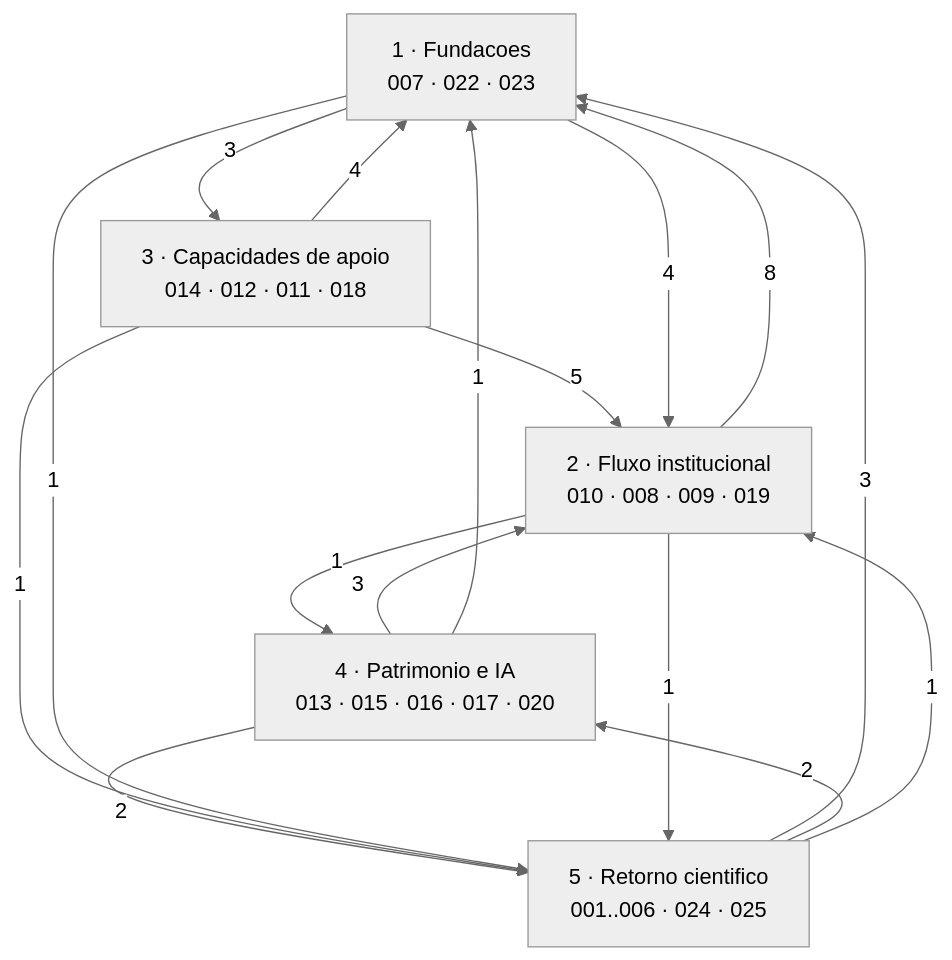
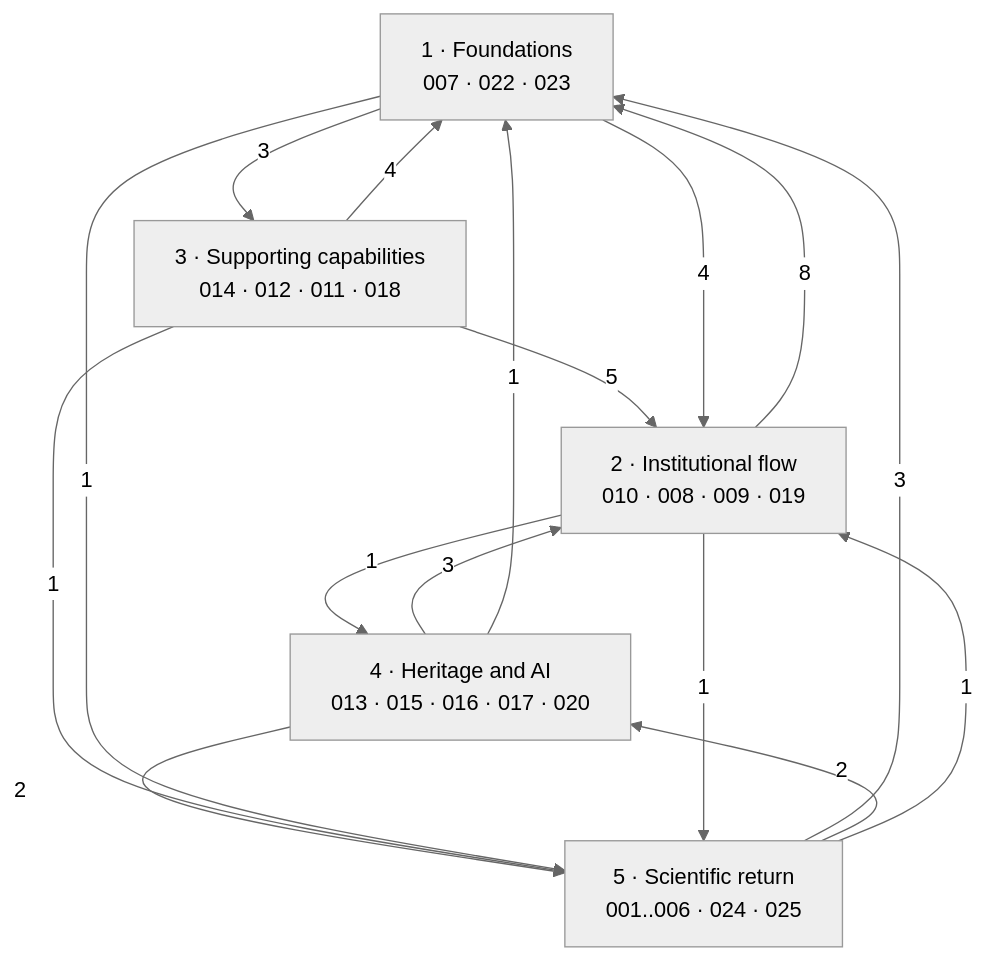
One commit to marcosduchinski/vitarerum changed the diagram in docs/specs/README.md. Above: the diagram before and after it, drawn with Mermaid (neutral theme). The commit also changed other lines of this file and 2 other files, not shown here.

````diff
--- a/docs/specs/README.md
+++ b/docs/specs/README.md
@@ -94,24 +95,24 @@
 ```mermaid
 flowchart TD
-    F["1 · Fundacoes<br/>007 · 022 · 023"]
-    I["2 · Fluxo institucional<br/>010 · 008 · 009 · 019"]
-    C["3 · Capacidades de apoio<br/>014 · 012 · 011 · 018"]
-    P["4 · Patrimonio e IA<br/>013 · 015 · 016 · 017 · 020"]
-    R["5 · Retorno cientifico<br/>001..006 · 024 · 025"]
+    F["1 · Foundations<br/>007 · 022 · 023"]
+    I["2 · Institutional flow<br/>010 · 008 · 009 · 019"]
+    C["3 · Supporting capabilities<br/>014 · 012 · 011 · 018"]
+    P["4 · Heritage and AI<br/>013 · 015 · 016 · 017 · 020"]
+    R["5 · Scientific return<br/>001..006 · 024 · 025"]
 
     I -->|8| F
     C -->|5| I
     C -->|4| F
     F -->|4| I
     F -->|3| C
     P -->|3| I
     R -->|3| F
     P -->|2| R
     R -->|2| P
     C -->|1| R
     F -->|1| R
     I -->|1| P
     I -->|1| R
     P -->|1| F
     R -->|1| I
 ```
````
